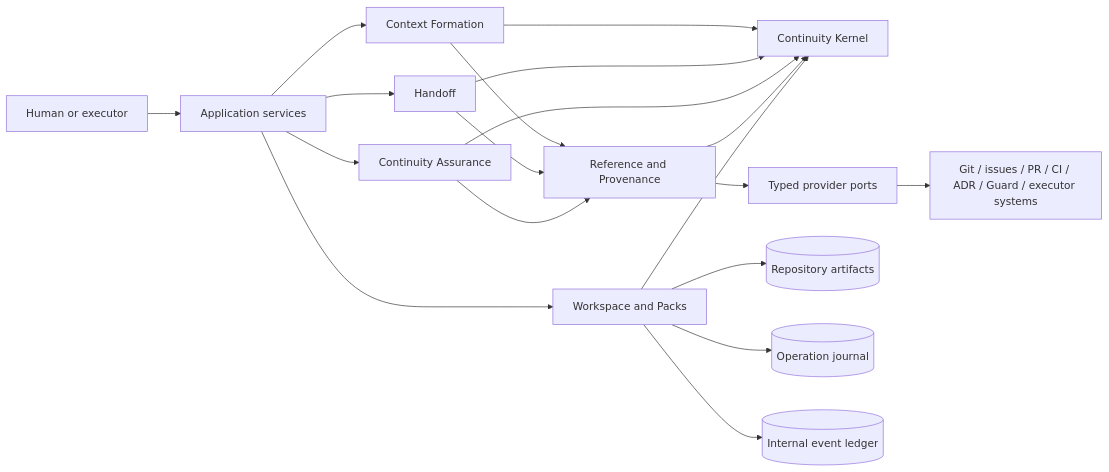
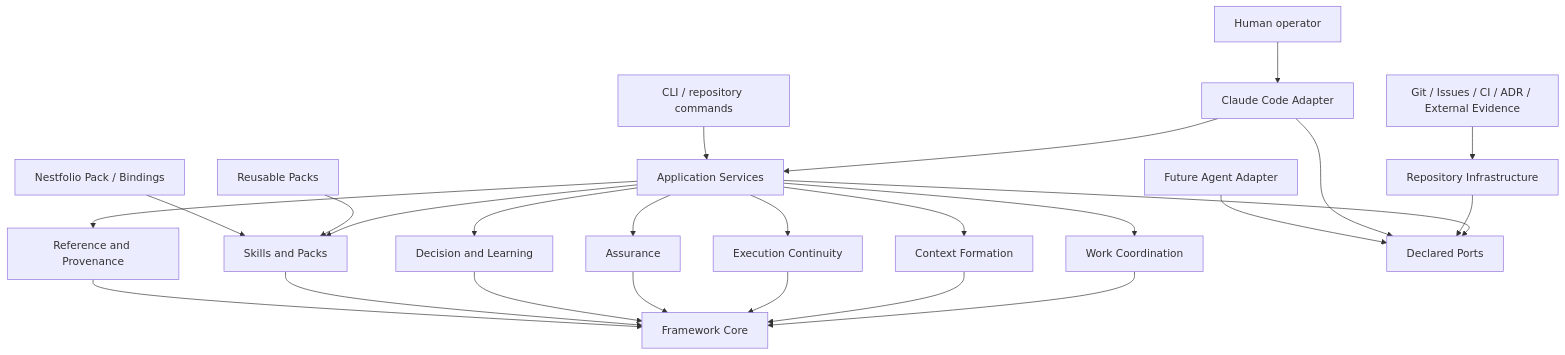
One commit to fabio-vitali/continuity-lab changed the diagram in docs/30-target-architecture/target-architecture.md. Above: the diagram before and after it, drawn with Mermaid. The commit also changed other lines of this file and 25 other files, not shown here.

Commit message:
TA-002 revise target architecture for agentic development

````diff
--- a/docs/30-target-architecture/target-architecture.md
+++ b/docs/30-target-architecture/target-architecture.md
@@ -70,21 +61,30 @@
 ```mermaid
-flowchart LR
-    U[Human or executor] --> A[Application services]
-    A --> F[Context Formation]
-    A --> H[Handoff]
-    A --> Q[Continuity Assurance]
-    F --> R[Reference and Provenance]
-    H --> R
-    Q --> R
-    F --> K[Continuity Kernel]
-    H --> K
-    Q --> K
-    R --> K
-    W[Workspace and Packs] --> K
-    A --> W
-    R --> P[Typed provider ports]
-    P --> X[Git / issues / PR / CI / ADR / Guard / executor systems]
-    W --> S[(Repository artifacts)]
-    W --> J[(Operation journal)]
-    W --> E[(Internal event ledger)]
+flowchart TB
+    H[Human operator] --> CC[Claude Code Adapter]
+    CC --> APP[Application Services]
+    CLI[CLI / repository commands] --> APP
+
+    APP --> WC[Work Coordination]
+    APP --> CF[Context Formation]
+    APP --> EC[Execution Continuity]
+    APP --> AS[Assurance]
+    APP --> DL[Decision and Learning]
+    APP --> SP[Skills and Packs]
+    APP --> RP[Reference and Provenance]
+
+    WC --> CORE[Framework Core]
+    CF --> CORE
+    EC --> CORE
+    AS --> CORE
+    DL --> CORE
+    SP --> CORE
+    RP --> CORE
+
+    APP --> PORTS[Declared Ports]
+    INFRA[Repository Infrastructure] --> PORTS
+    CC --> PORTS
+    FA[Future Agent Adapter] --> PORTS
+    PACKS[Reusable Packs] --> SP
+    NEST[Nestfolio Pack / Bindings] --> SP
+    EXT[Git / Issues / CI / ADR / External Evidence] --> INFRA
 ```
````
